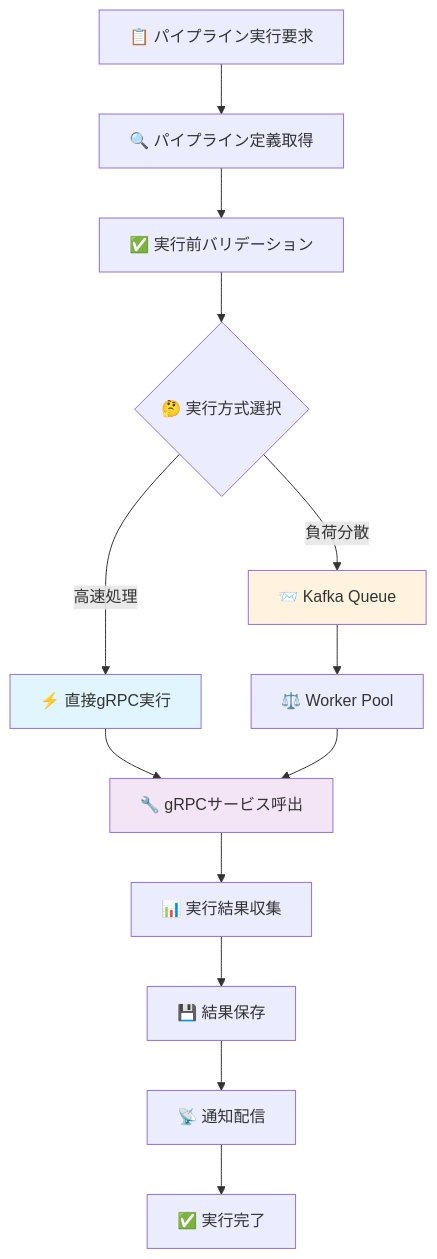
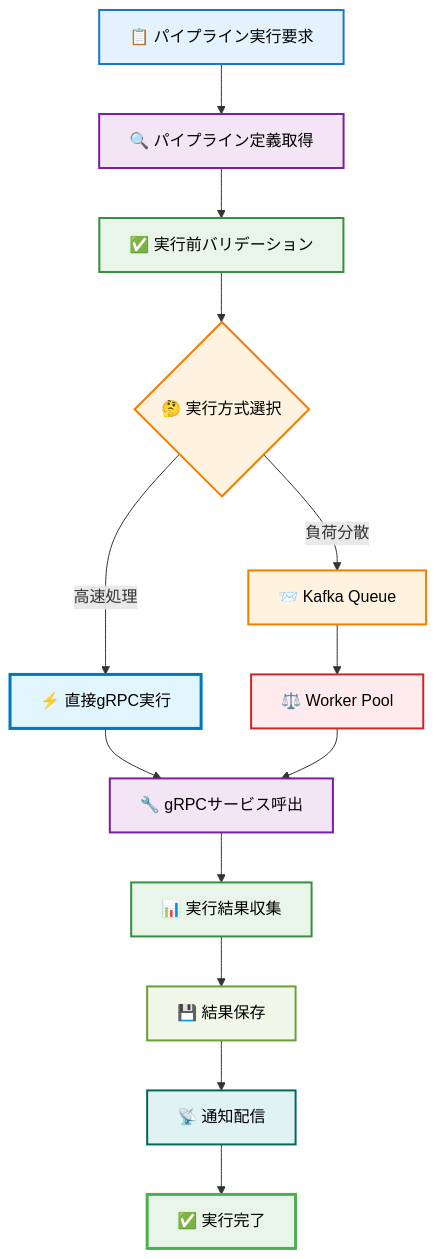
Before and after one commit to daichiTAAA/ImageFlowCanvas: the fourth of 5 diagrams in docs/0300_設計_アプローチ1/0304_API設計.md, drawn with Mermaid. The commit also changed other lines of this file and 1 other file, not shown here.

````diff
--- a/docs/0300_設計_アプローチ1/0304_API設計.md
+++ b/docs/0300_設計_アプローチ1/0304_API設計.md
@@ -1019,22 +1019,31 @@
 ```mermaid
 flowchart TD
     A[📋 パイプライン実行要求] --> B[🔍 パイプライン定義取得]
     B --> C[✅ 実行前バリデーション]
     C --> D{🤔 実行方式選択}
     
     D -->|高速処理| E[⚡ 直接gRPC実行]
     D -->|負荷分散| F[📨 Kafka Queue]
     
     E --> G[🔧 gRPCサービス呼出]
     F --> H[⚖️ Worker Pool]
     H --> G
     
     G --> I[📊 実行結果収集]
     I --> J[💾 結果保存]
     J --> K[📡 通知配信]
     K --> L[✅ 実行完了]
     
-    style E fill:#e1f5fe
-    style F fill:#fff3e0
-    style G fill:#f3e5f5
+    style A fill:#e3f2fd,stroke:#1976d2,stroke-width:2px,color:#000
+    style B fill:#f3e5f5,stroke:#7b1fa2,stroke-width:2px,color:#000
+    style C fill:#e8f5e8,stroke:#388e3c,stroke-width:2px,color:#000
+    style D fill:#fff3e0,stroke:#f57c00,stroke-width:2px,color:#000
+    style E fill:#e1f5fe,stroke:#0277bd,stroke-width:3px,color:#000
+    style F fill:#fff3e0,stroke:#f57c00,stroke-width:2px,color:#000
+    style G fill:#f3e5f5,stroke:#7b1fa2,stroke-width:2px,color:#000
+    style H fill:#ffebee,stroke:#c62828,stroke-width:2px,color:#000
+    style I fill:#e8f5e8,stroke:#388e3c,stroke-width:2px,color:#000
+    style J fill:#f1f8e9,stroke:#689f38,stroke-width:2px,color:#000
+    style K fill:#e0f2f1,stroke:#00695c,stroke-width:2px,color:#000
+    style L fill:#e8f5e8,stroke:#4caf50,stroke-width:3px,color:#000
 ```
````
